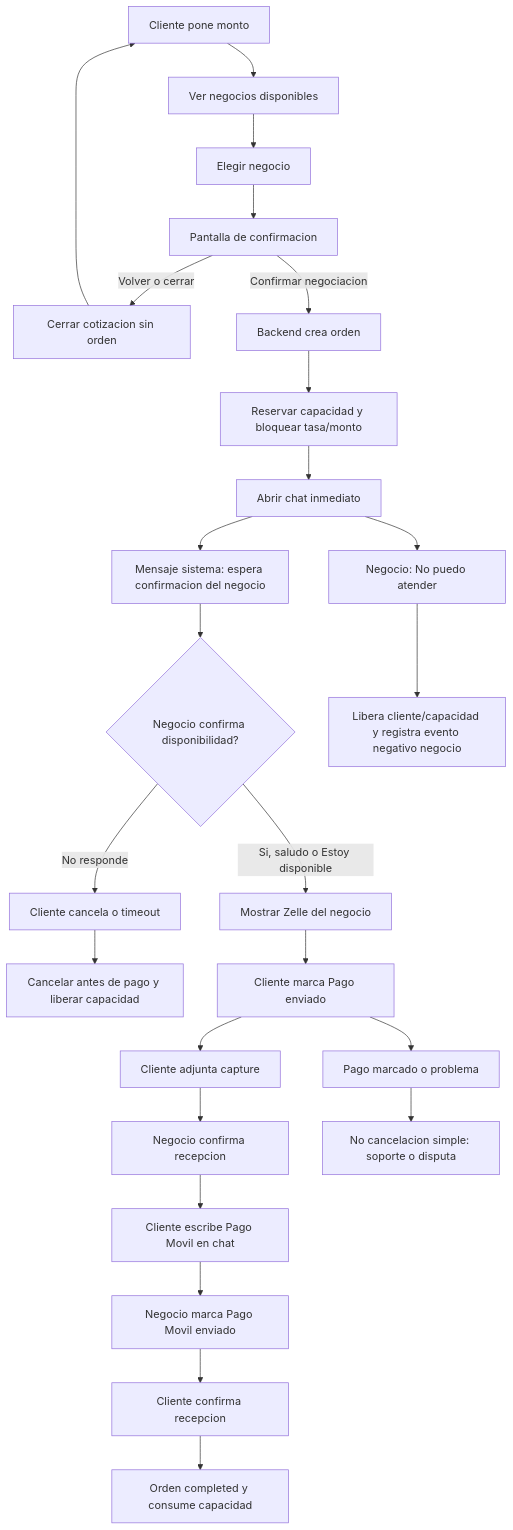
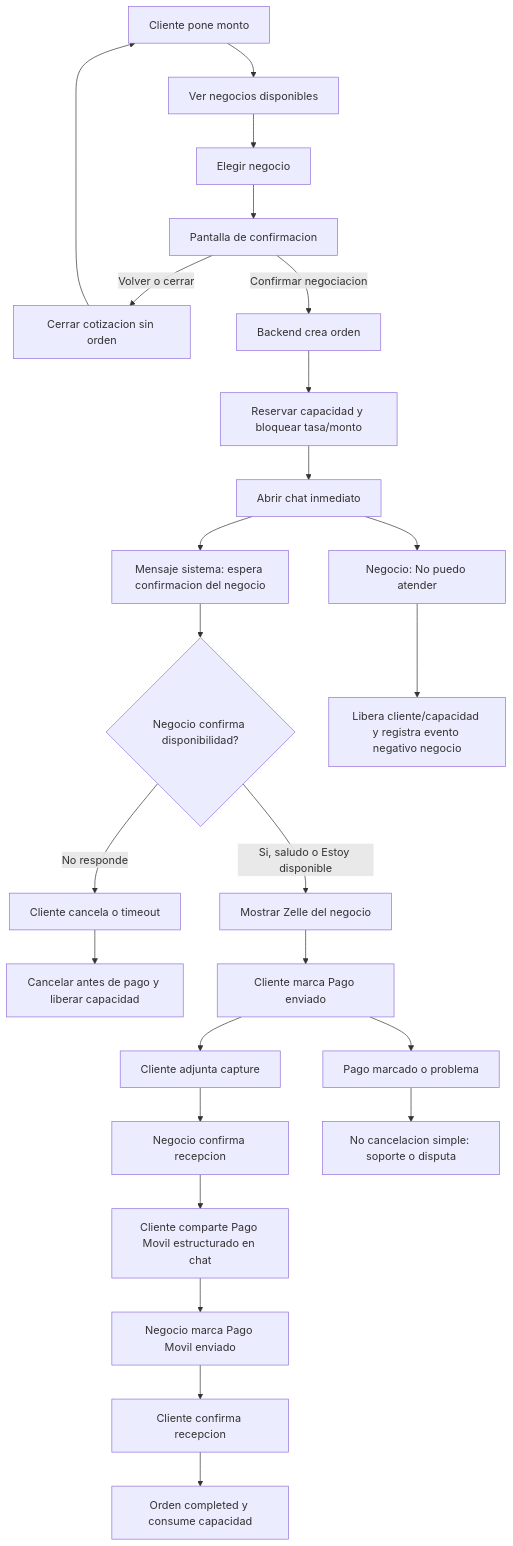
One commit to Goldempire-coder/NODO changed the diagram in control_plane/09_SLICES/slice_50A_simplified_p2p_negotiation_flow/OWNER_FLOW_REFERENCE.md. Above: the diagram before and after it, drawn with Mermaid. The commit also changed other lines of this file and 110 other files, not shown here.

````diff
--- a/control_plane/09_SLICES/slice_50A_simplified_p2p_negotiation_flow/OWNER_FLOW_REFERENCE.md
+++ b/control_plane/09_SLICES/slice_50A_simplified_p2p_negotiation_flow/OWNER_FLOW_REFERENCE.md
@@ -18,35 +18,35 @@
 ```mermaid
 flowchart TD
   A[Cliente pone monto] --> B[Ver negocios disponibles]
   B --> C[Elegir negocio]
   C --> D[Pantalla de confirmacion]
 
   D -->|Volver o cerrar| X[Cerrar cotizacion sin orden]
   X --> A
 
   D -->|Confirmar negociacion| E[Backend crea orden]
   E --> F[Reservar capacidad y bloquear tasa/monto]
   F --> G[Abrir chat inmediato]
 
   G --> H[Mensaje sistema: espera confirmacion del negocio]
   H --> I{Negocio confirma disponibilidad?}
 
   I -->|Si, saludo o Estoy disponible| J[Mostrar Zelle del negocio]
   I -->|No responde| K[Cliente cancela o timeout]
   K --> L[Cancelar antes de pago y liberar capacidad]
 
   J --> M[Cliente marca Pago enviado]
   M --> N[Cliente adjunta capture]
 
   N --> O[Negocio confirma recepcion]
-  O --> P[Cliente escribe Pago Movil en chat]
+  O --> P[Cliente comparte Pago Movil estructurado en chat]
   P --> Q[Negocio marca Pago Movil enviado]
   Q --> R[Cliente confirma recepcion]
   R --> S[Orden completed y consume capacidad]
 
   M --> T[Pago marcado o problema]
   T --> U[No cancelacion simple: soporte o disputa]
 
   G --> V[Negocio: No puedo atender]
   V --> W[Libera cliente/capacidad y registra evento negativo negocio]
 ```
````
